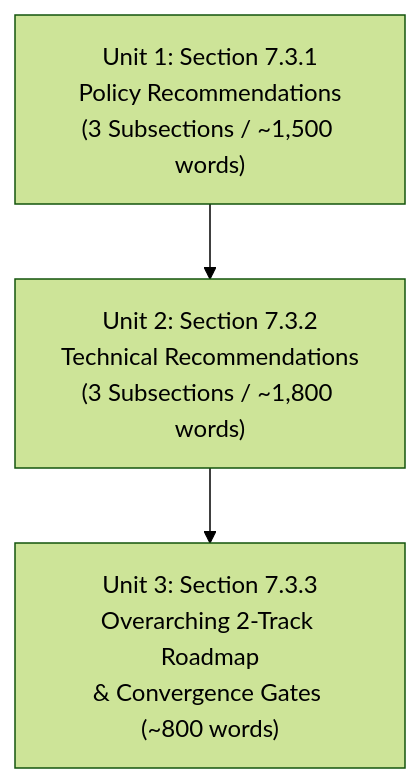
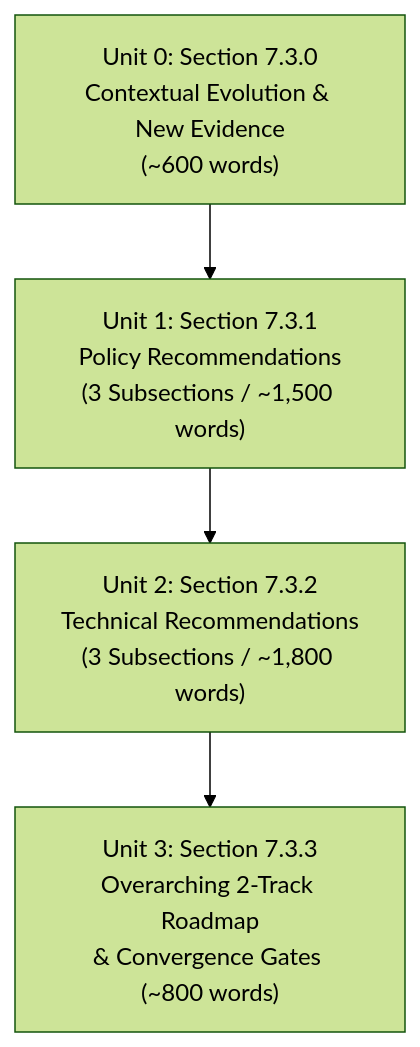
Before and after one commit to Bossax/arun-creagy: the diagram in plans/chapter7_3/drafting_plan.md, drawn with Mermaid (forest theme). The commit also changed other lines of this file and 57 other files, not shown here.

````diff
--- a/plans/chapter7_3/drafting_plan.md
+++ b/plans/chapter7_3/drafting_plan.md
@@ -14,5 +14,6 @@
 ```mermaid
 flowchart TD
-    U1["Unit 1: Section 7.3.1<br/>Policy Recommendations<br/>(3 Subsections / ~1,500 words)"] --> U2["Unit 2: Section 7.3.2<br/>Technical Recommendations<br/>(3 Subsections / ~1,800 words)"]
+    U0["Unit 0: Section 7.3.0<br/>Contextual Evolution & New Evidence<br/>(~600 words)"] --> U1["Unit 1: Section 7.3.1<br/>Policy Recommendations<br/>(3 Subsections / ~1,500 words)"]
+    U1 --> U2["Unit 2: Section 7.3.2<br/>Technical Recommendations<br/>(3 Subsections / ~1,800 words)"]
     U2 --> U3["Unit 3: Section 7.3.3<br/>Overarching 2-Track Roadmap<br/>& Convergence Gates (~800 words)"]
 ```
````
